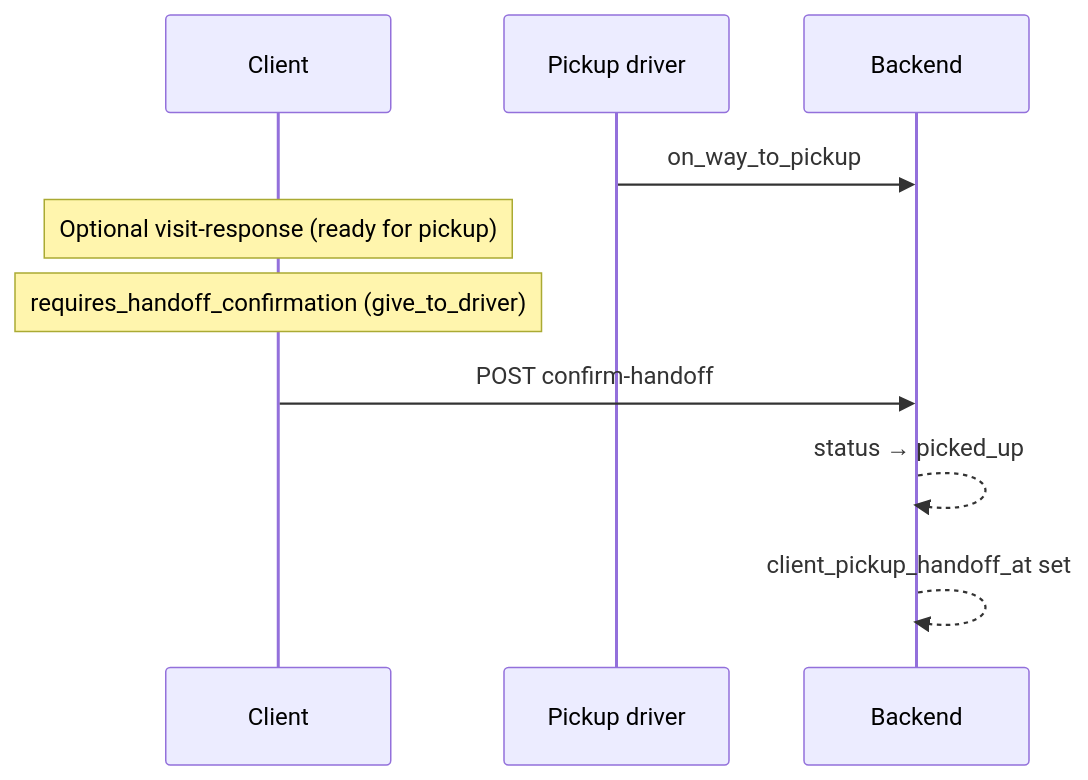
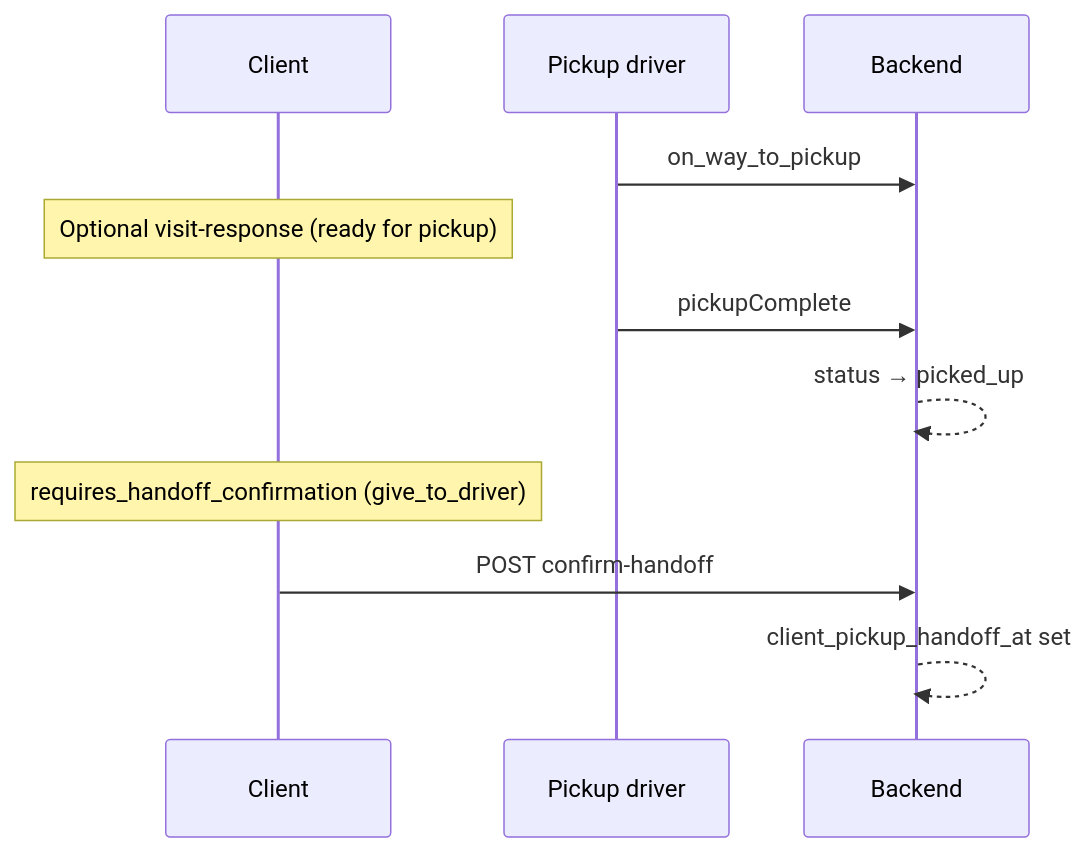
One commit to samerhassan95/nazifah-back changed the second of 3 diagrams in CLIENT_ORDER_CONFIRMATION.md. Above: the diagram before and after it, drawn with Mermaid. The commit also changed other lines of this file and 4 other files, not shown here.

````diff
--- a/CLIENT_ORDER_CONFIRMATION.md
+++ b/CLIENT_ORDER_CONFIRMATION.md
@@ -214,13 +215,14 @@
 ```mermaid
 sequenceDiagram
     participant C as Client
     participant D as Pickup driver
     participant API as Backend
 
     D->>API: on_way_to_pickup
     Note over C: Optional visit-response (ready for pickup)
+    D->>API: pickupComplete
+    API-->>API: status → picked_up
     Note over C: requires_handoff_confirmation (give_to_driver)
     C->>API: POST confirm-handoff
-    API-->>API: status → picked_up
     API-->>API: client_pickup_handoff_at set
 ```
````
